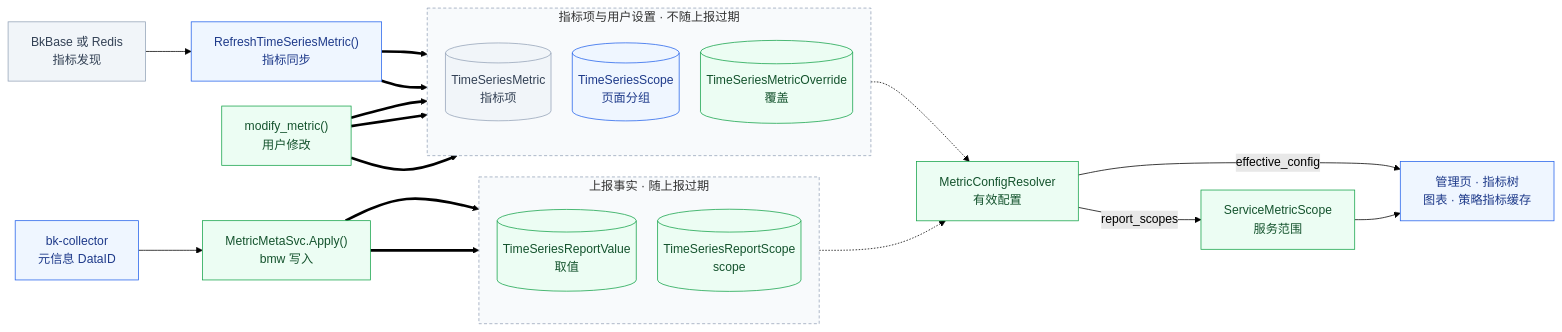
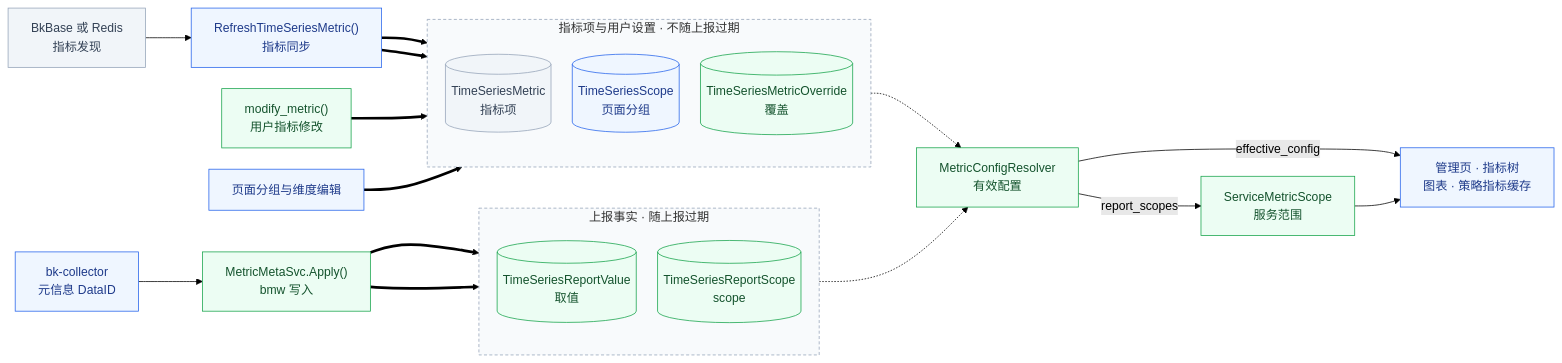
Before and after one commit to ZhuoZhuoCrayon/ai-workspace: the sixth of 25 diagrams in knowledge/bkmonitor/issues/2026-09-15-custom-metric-metadata/PLAN.md, drawn with Mermaid (forest theme). The commit also changed other lines of this file, not shown here.

First line of the commit message:
docs(issue): separate custom metric reporting from page edits

````diff
--- a/knowledge/bkmonitor/issues/2026-09-15-custom-metric-metadata/PLAN.md
+++ b/knowledge/bkmonitor/issues/2026-09-15-custom-metric-metadata/PLAN.md
@@ -484,39 +370,39 @@
 ```mermaid
 %%{init: {"flowchart": {"nodeSpacing": 28, "rankSpacing": 60, "wrappingWidth": 400}}}%%
 flowchart LR
     Collector["bk-collector<br/>元信息 DataID"] --> Apply["MetricMetaSvc.Apply()<br/>bmw 写入"]
     Discover["BkBase 或 Redis<br/>指标发现"] --> Sync["RefreshTimeSeriesMetric()<br/>指标同步"]
-    User["modify_metric()<br/>用户修改"]
+    User["modify_metric()<br/>用户指标修改"]
+    GroupEdit["页面分组与维度编辑"]
     subgraph Report["上报事实 · 随上报过期"]
         direction TB
         Value[("TimeSeriesReportValue<br/>取值")]
         RScope[("TimeSeriesReportScope<br/>scope")]
     end
     subgraph Setting["指标项与用户设置 · 不随上报过期"]
         direction TB
         Metric[("TimeSeriesMetric<br/>指标项")]
         Page[("TimeSeriesScope<br/>页面分组")]
         Override[("TimeSeriesMetricOverride<br/>覆盖")]
     end
     Apply ==> Value
     Apply ==> RScope
     Sync ==> Metric
     Sync ==> Page
-    User ==> Metric
-    User ==> Page
     User ==> Override
+    GroupEdit ==> Page
     Report -.-> Resolver["MetricConfigResolver<br/>有效配置"]
     Setting -.-> Resolver
     Resolver -->|"effective_config"| Readers["管理页 · 指标树<br/>图表 · 策略指标缓存"]
     Resolver -->|"report_scopes"| SMS["ServiceMetricScope<br/>服务范围"]
     SMS --> Readers
 
     classDef add fill:#ecfdf3,stroke:#16a34a,color:#14532d
     classDef change fill:#eff6ff,stroke:#2563eb,color:#1e3a8a
     classDef old fill:#f1f5f9,stroke:#94a3b8,color:#334155
     class Apply,Value,RScope,Override,User,Resolver,SMS add
-    class Collector,Sync,Page,Readers change
+    class Collector,Sync,Page,GroupEdit,Readers change
     class Discover,Metric old
     style Report fill:#f8fafc,stroke:#94a3b8,stroke-dasharray:4 3
     style Setting fill:#f8fafc,stroke:#94a3b8,stroke-dasharray:4 3
 ```
````
